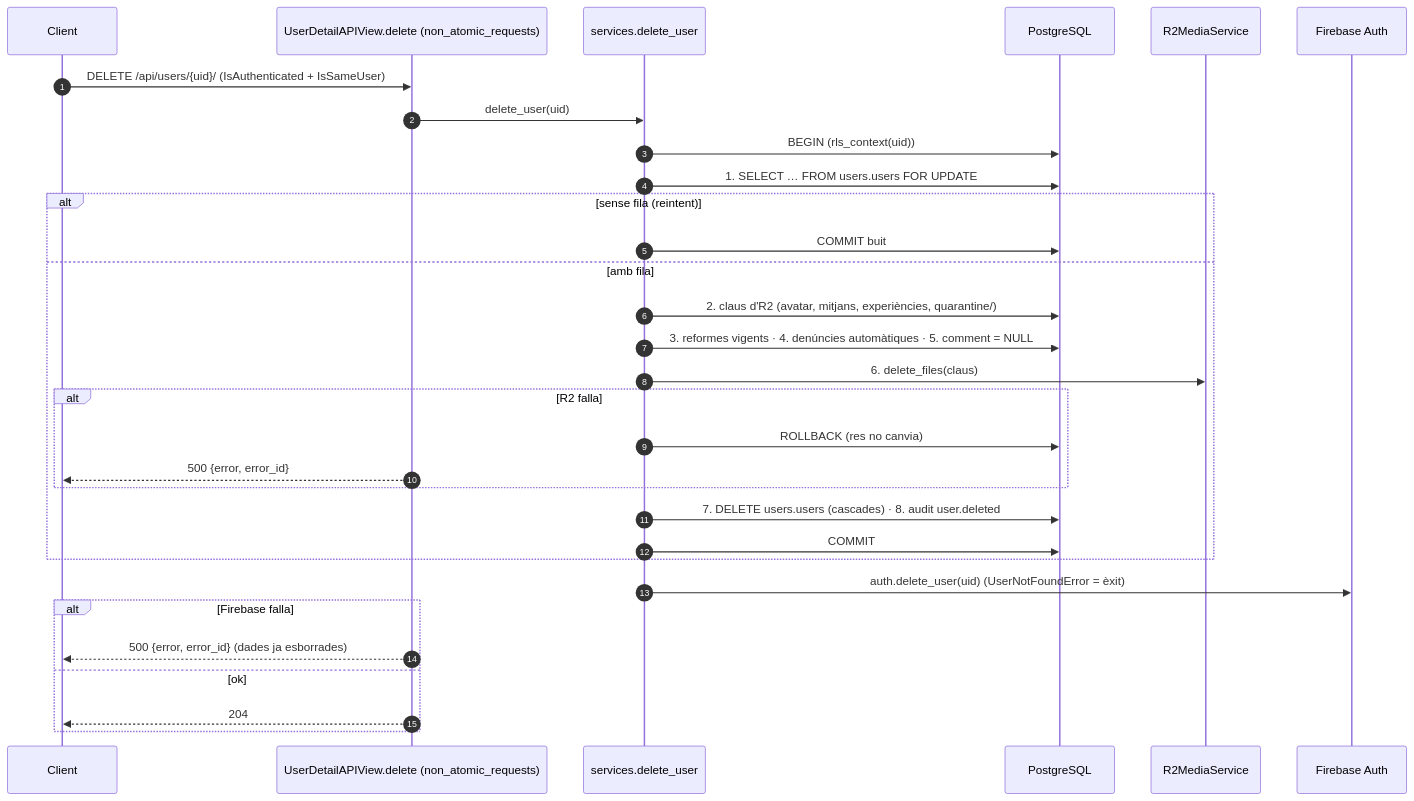
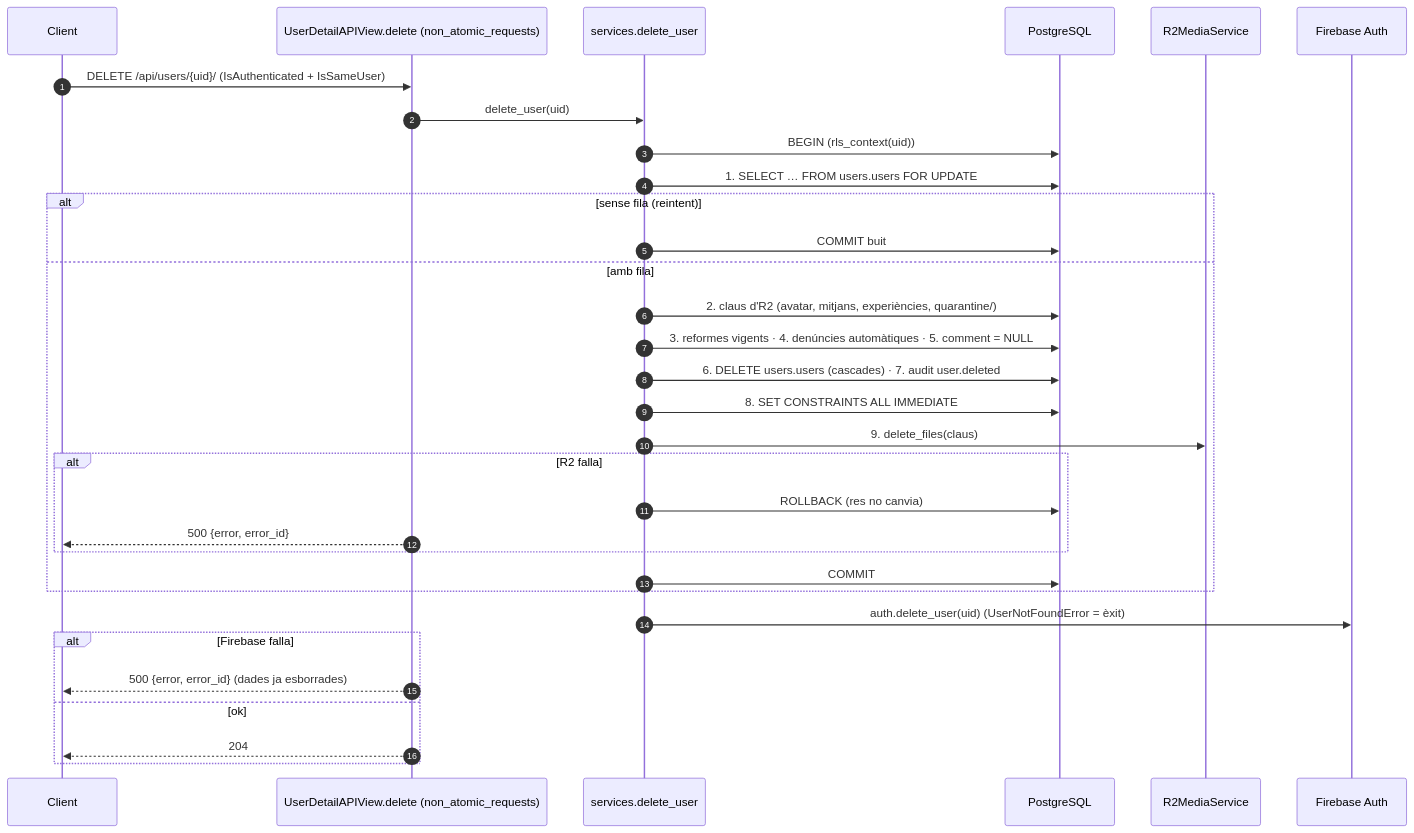
The diagram in docs/deep-dives/user-deletion.md (jordirev/RefugisLliures_Backend), drawn with Mermaid before and after one commit. The commit also changed other lines of this file and 6 other files, not shown here.

````diff
--- a/docs/deep-dives/user-deletion.md
+++ b/docs/deep-dives/user-deletion.md
@@ -22,34 +23,35 @@
 ```mermaid
 sequenceDiagram
     autonumber
     participant C as Client
     participant V as UserDetailAPIView.delete (non_atomic_requests)
     participant S as services.delete_user
     participant DB as PostgreSQL
     participant R2 as R2MediaService
     participant FA as Firebase Auth
 
     C->>V: DELETE /api/users/{uid}/ (IsAuthenticated + IsSameUser)
     V->>S: delete_user(uid)
     S->>DB: BEGIN (rls_context(uid))
     S->>DB: 1. SELECT … FROM users.users FOR UPDATE
     alt sense fila (reintent)
         S->>DB: COMMIT buit
     else amb fila
         S->>DB: 2. claus d'R2 (avatar, mitjans, experiències, quarantine/)
         S->>DB: 3. reformes vigents · 4. denúncies automàtiques · 5. comment = NULL
-        S->>R2: 6. delete_files(claus)
+        S->>DB: 6. DELETE users.users (cascades) · 7. audit user.deleted
+        S->>DB: 8. SET CONSTRAINTS ALL IMMEDIATE
+        S->>R2: 9. delete_files(claus)
         alt R2 falla
             S->>DB: ROLLBACK (res no canvia)
             V-->>C: 500 {error, error_id}
         end
-        S->>DB: 7. DELETE users.users (cascades) · 8. audit user.deleted
         S->>DB: COMMIT
     end
     S->>FA: auth.delete_user(uid) (UserNotFoundError = èxit)
     alt Firebase falla
         V-->>C: 500 {error, error_id} (dades ja esborrades)
     else ok
         V-->>C: 204
     end
 ```
````
